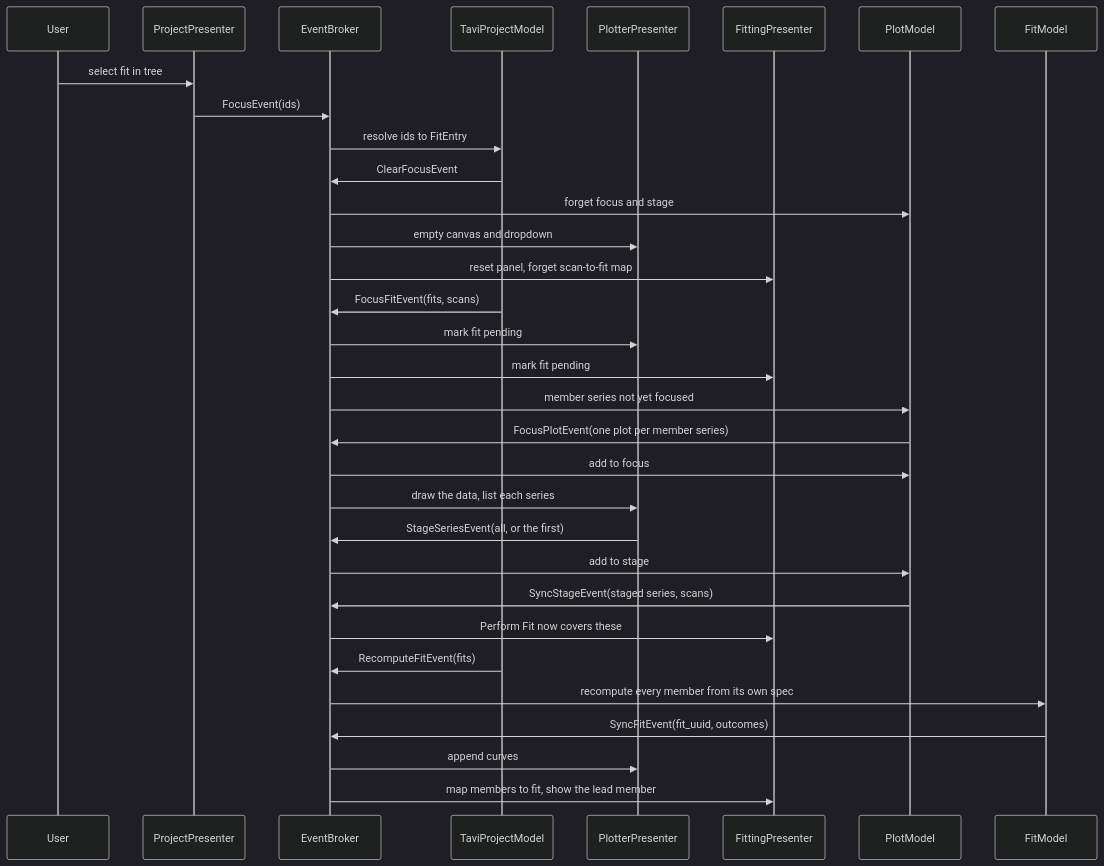
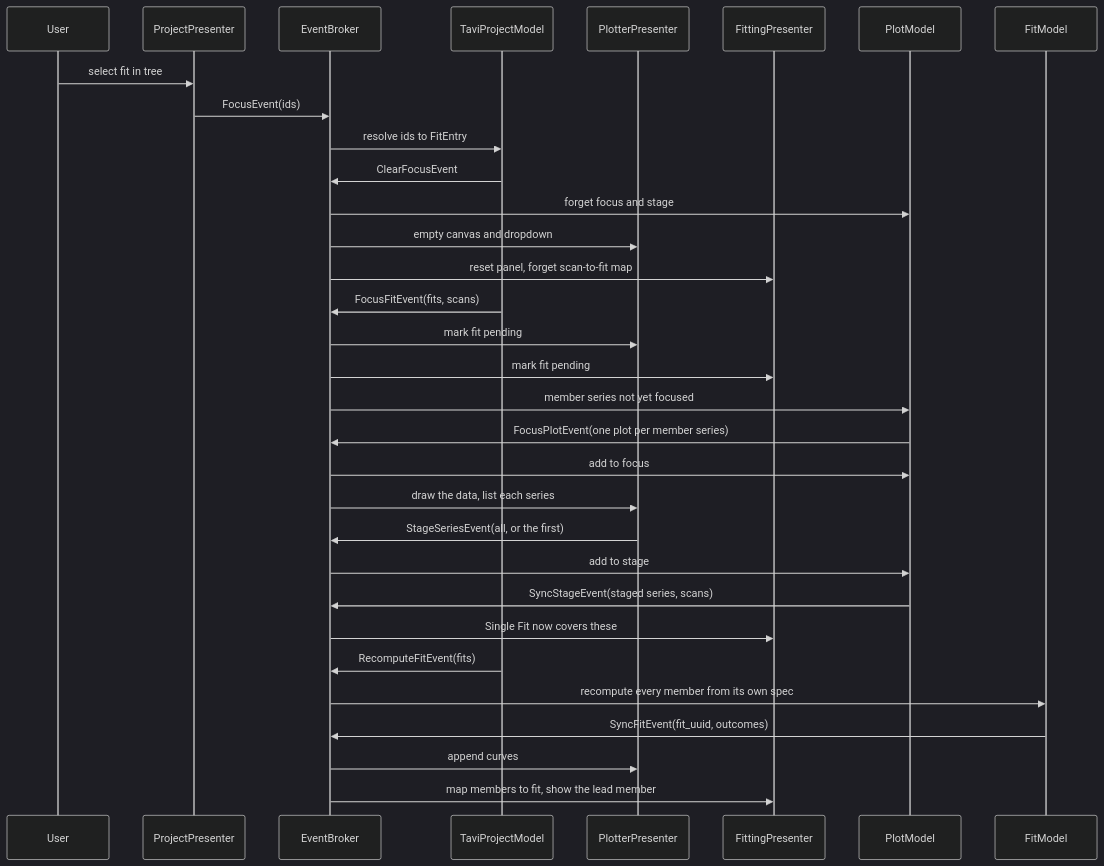
The fifth of 8 diagrams in docs/source/design/frontend/fit_data_model.rst (neutrons/TAVI), drawn with Mermaid (dark theme) before and after one commit. The commit also changed other lines of this file and 9 other files, not shown here.

Commit message:
add a group fit button to distinguish with single fit

```diff
--- a/docs/source/design/frontend/fit_data_model.rst
+++ b/docs/source/design/frontend/fit_data_model.rst
@@ -457,37 +466,37 @@
 .. mermaid::
 
     sequenceDiagram
         participant User
         participant ProjectPresenter
         participant EventBroker
         participant TaviProjectModel
         participant PlotterPresenter
         participant FittingPresenter
         participant PlotModel
         participant FitModel
         %% Deprecated: participant FitWindowPresenter
 
         User ->> ProjectPresenter: select fit in tree
         ProjectPresenter ->> EventBroker: FocusEvent(ids)
         EventBroker ->> TaviProjectModel: resolve ids to FitEntry
         TaviProjectModel ->> EventBroker: ClearFocusEvent
         EventBroker ->> PlotModel: forget focus and stage
         EventBroker ->> PlotterPresenter: empty canvas and dropdown
         EventBroker ->> FittingPresenter: reset panel, forget scan-to-fit map
         TaviProjectModel ->> EventBroker: FocusFitEvent(fits, scans)
         EventBroker ->> PlotterPresenter: mark fit pending
         EventBroker ->> FittingPresenter: mark fit pending
         EventBroker ->> PlotModel: member series not yet focused
         PlotModel ->> EventBroker: FocusPlotEvent(one plot per member series)
         EventBroker ->> PlotModel: add to focus
         EventBroker ->> PlotterPresenter: draw the data, list each series
         PlotterPresenter ->> EventBroker: StageSeriesEvent(all, or the first)
         EventBroker ->> PlotModel: add to stage
         PlotModel ->> EventBroker: SyncStageEvent(staged series, scans)
-        EventBroker ->> FittingPresenter: Perform Fit now covers these
+        EventBroker ->> FittingPresenter: Single Fit now covers these
         TaviProjectModel ->> EventBroker: RecomputeFitEvent(fits)
         EventBroker ->> FitModel: recompute every member from its own spec
         FitModel ->> EventBroker: SyncFitEvent(fit_uuid, outcomes)
         EventBroker ->> PlotterPresenter: append curves
         EventBroker ->> FittingPresenter: map members to fit, show the lead member
         %% Deprecated: EventBroker -->> FitWindowPresenter: ignored (nothing noted, no save)
```
